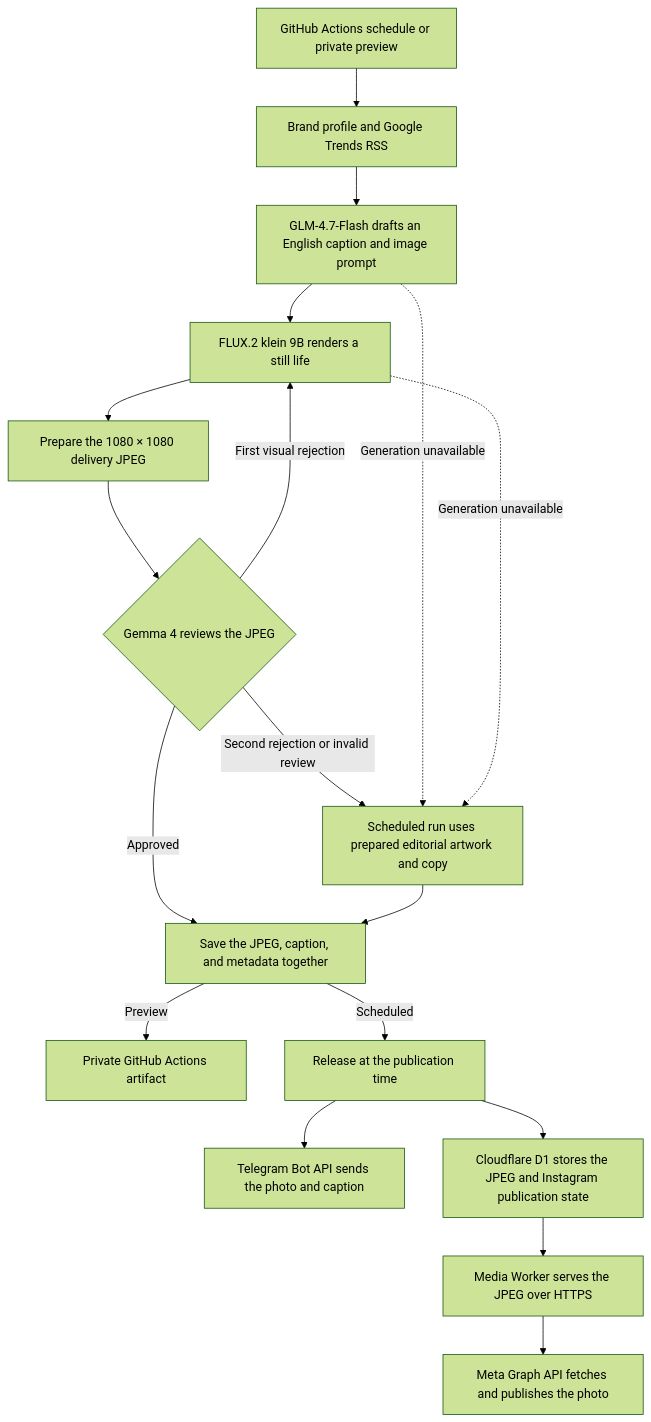
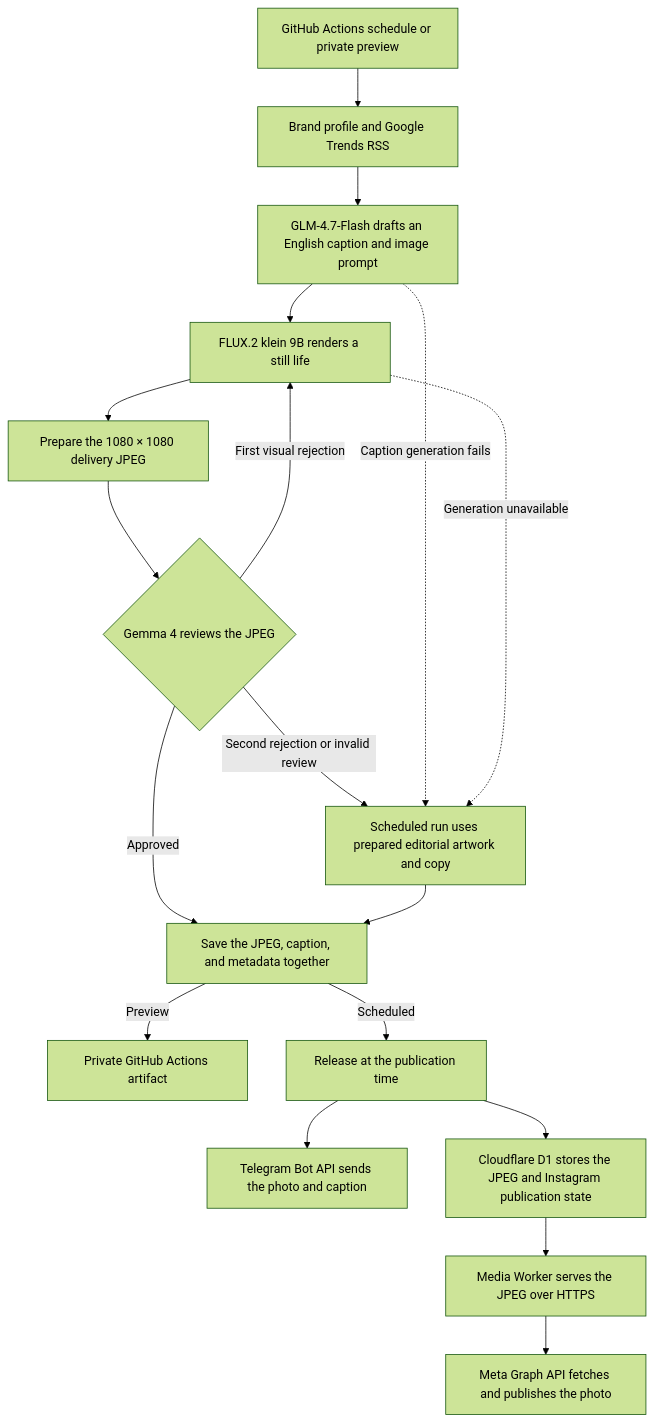
Before and after one commit to archourium/content-automation: the diagram in docs/architecture.md, drawn with Mermaid (forest theme). The commit also changed other lines of this file and 4 other files, not shown here.

````diff
--- a/docs/architecture.md
+++ b/docs/architecture.md
@@ -5,20 +5,20 @@
 ```mermaid
 flowchart TD
     Schedule["GitHub Actions schedule or private preview"] --> Inputs["Brand profile and Google Trends RSS"]
     Inputs --> Draft["GLM-4.7-Flash drafts an English caption and image prompt"]
     Draft --> Draw["FLUX.2 klein 9B renders a still life"]
     Draw --> Jpeg["Prepare the 1080 × 1080 delivery JPEG"]
     Jpeg --> Review{"Gemma 4 reviews the JPEG"}
     Review -->|"Approved"| Bundle["Save the JPEG, caption, and metadata together"]
     Review -->|"First visual rejection"| Draw
     Review -->|"Second rejection or invalid review"| Fallback["Scheduled run uses prepared editorial artwork and copy"]
-    Draft -.->|"Generation unavailable"| Fallback
+    Draft -.->|"Caption generation fails"| Fallback
     Draw -.->|"Generation unavailable"| Fallback
     Fallback --> Bundle
     Bundle -->|"Preview"| Artifact["Private GitHub Actions artifact"]
     Bundle -->|"Scheduled"| Release["Release at the publication time"]
     Release --> Telegram["Telegram Bot API sends the photo and caption"]
     Release --> D1["Cloudflare D1 stores the JPEG and Instagram publication state"]
     D1 --> Worker["Media Worker serves the JPEG over HTTPS"]
     Worker --> Instagram["Meta Graph API fetches and publishes the photo"]
 ```
````
